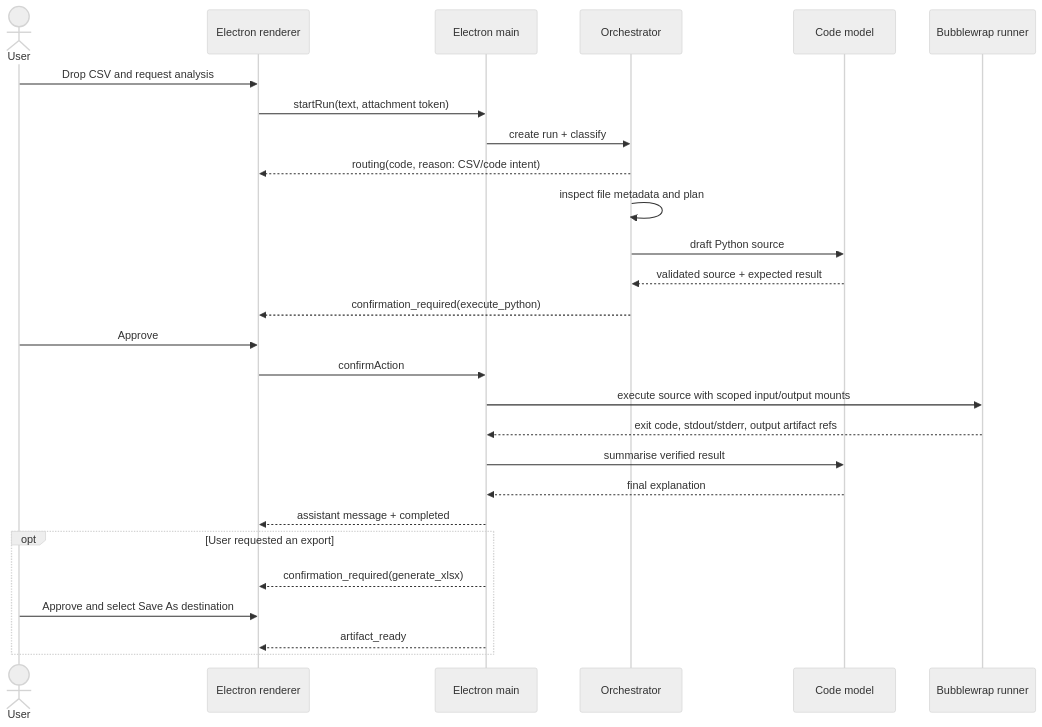
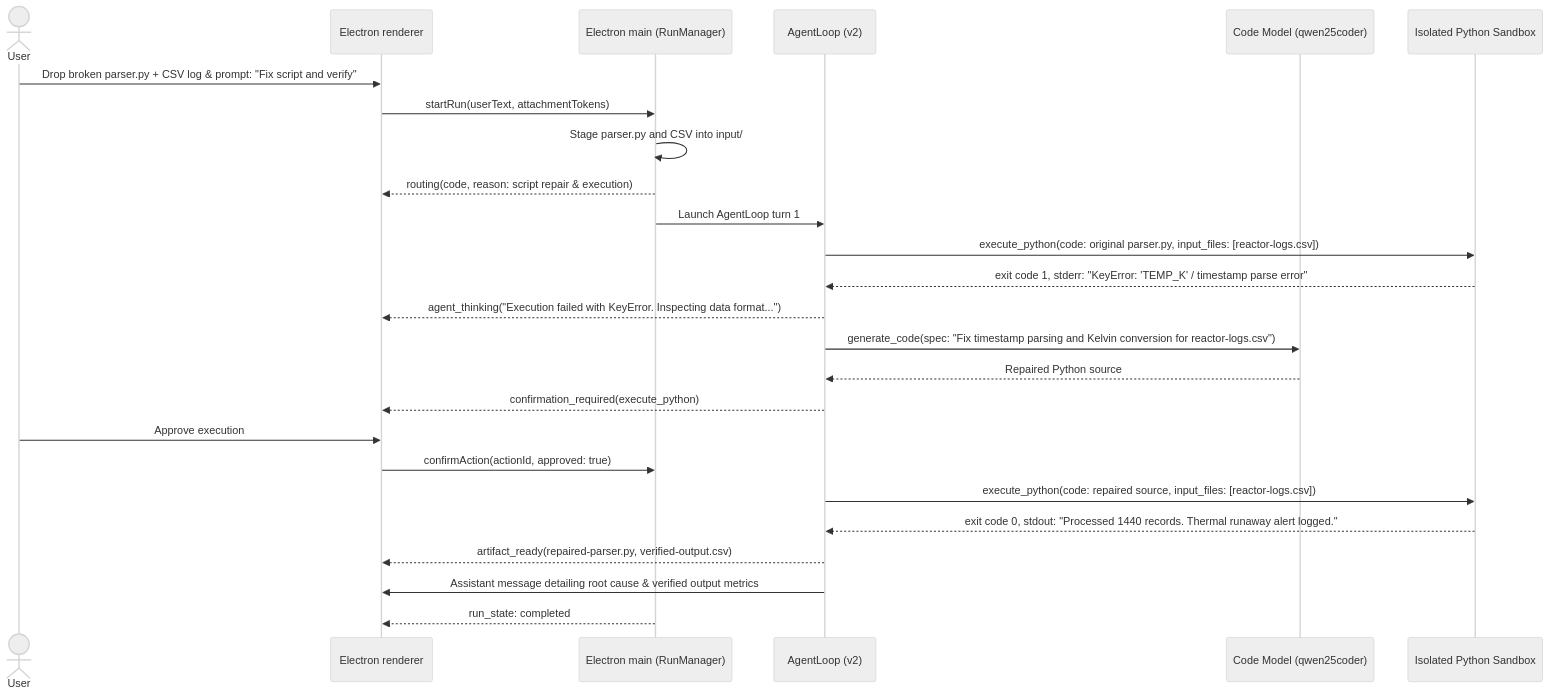
Before and after one commit to BITverse-24/local-workbench: the second of 3 diagrams in docs/architecture/flows-and-data.md, drawn with Mermaid (neutral theme). The commit also changed other lines of this file and 4 other files, not shown here.

````diff
--- a/docs/architecture/flows-and-data.md
+++ b/docs/architecture/flows-and-data.md
@@ -59,30 +56,28 @@
 ```mermaid
 sequenceDiagram
     actor User
     participant UI as Electron renderer
-    participant Main as Electron main
-    participant O as Orchestrator
-    participant C as Code model
-    participant B as Bubblewrap runner
+    participant Main as Electron main (RunManager)
+    participant Agent as AgentLoop (v2)
+    participant Code as Code Model (qwen25coder)
+    participant Runner as Isolated Python Sandbox
 
-    User->>UI: Drop CSV and request analysis
-    UI->>Main: startRun(text, attachment token)
-    Main->>O: create run + classify
-    O-->>UI: routing(code, reason: CSV/code intent)
-    O->>O: inspect file metadata and plan
-    O->>C: draft Python source
-    C-->>O: validated source + expected result
-    O-->>UI: confirmation_required(execute_python)
-    User->>UI: Approve
-    UI->>Main: confirmAction
-    Main->>B: execute source with scoped input/output mounts
-    B-->>Main: exit code, stdout/stderr, output artifact refs
-    Main->>C: summarise verified result
-    C-->>Main: final explanation
-    Main-->>UI: assistant message + completed
-    opt User requested an export
-        Main-->>UI: confirmation_required(generate_xlsx)
-        User->>UI: Approve and select Save As destination
-        Main-->>UI: artifact_ready
-    end
+    User->>UI: Drop broken parser.py + CSV log & prompt: "Fix script and verify"
+    UI->>Main: startRun(userText, attachmentTokens)
+    Main->>Main: Stage parser.py and CSV into input/
+    Main-->>UI: routing(code, reason: script repair & execution)
+    Main->>Agent: Launch AgentLoop turn 1
+    Agent->>Runner: execute_python(code: original parser.py, input_files: [reactor-logs.csv])
+    Runner-->>Agent: exit code 1, stderr: "KeyError: 'TEMP_K' / timestamp parse error"
+    Agent-->>UI: agent_thinking("Execution failed with KeyError. Inspecting data format...")
+    Agent->>Code: generate_code(spec: "Fix timestamp parsing and Kelvin conversion for reactor-logs.csv")
+    Code-->>Agent: Repaired Python source
+    Agent-->>UI: confirmation_required(execute_python)
+    User->>UI: Approve execution
+    UI->>Main: confirmAction(actionId, approved: true)
+    Agent->>Runner: execute_python(code: repaired source, input_files: [reactor-logs.csv])
+    Runner-->>Agent: exit code 0, stdout: "Processed 1440 records. Thermal runaway alert logged."
+    Agent-->>UI: artifact_ready(repaired-parser.py, verified-output.csv)
+    Agent->>UI: Assistant message detailing root cause & verified output metrics
+    Main-->>UI: run_state: completed
 ```
````
